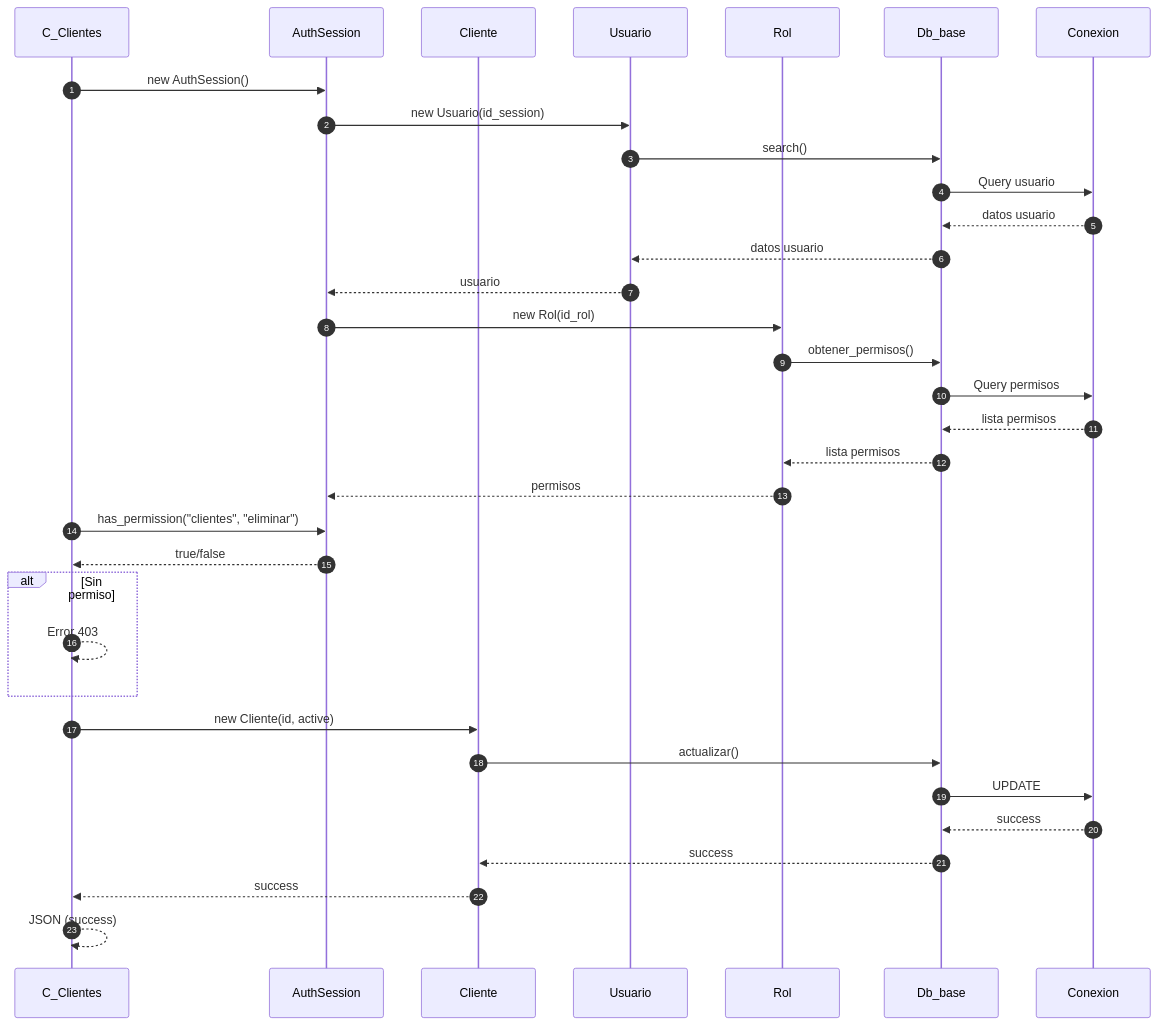
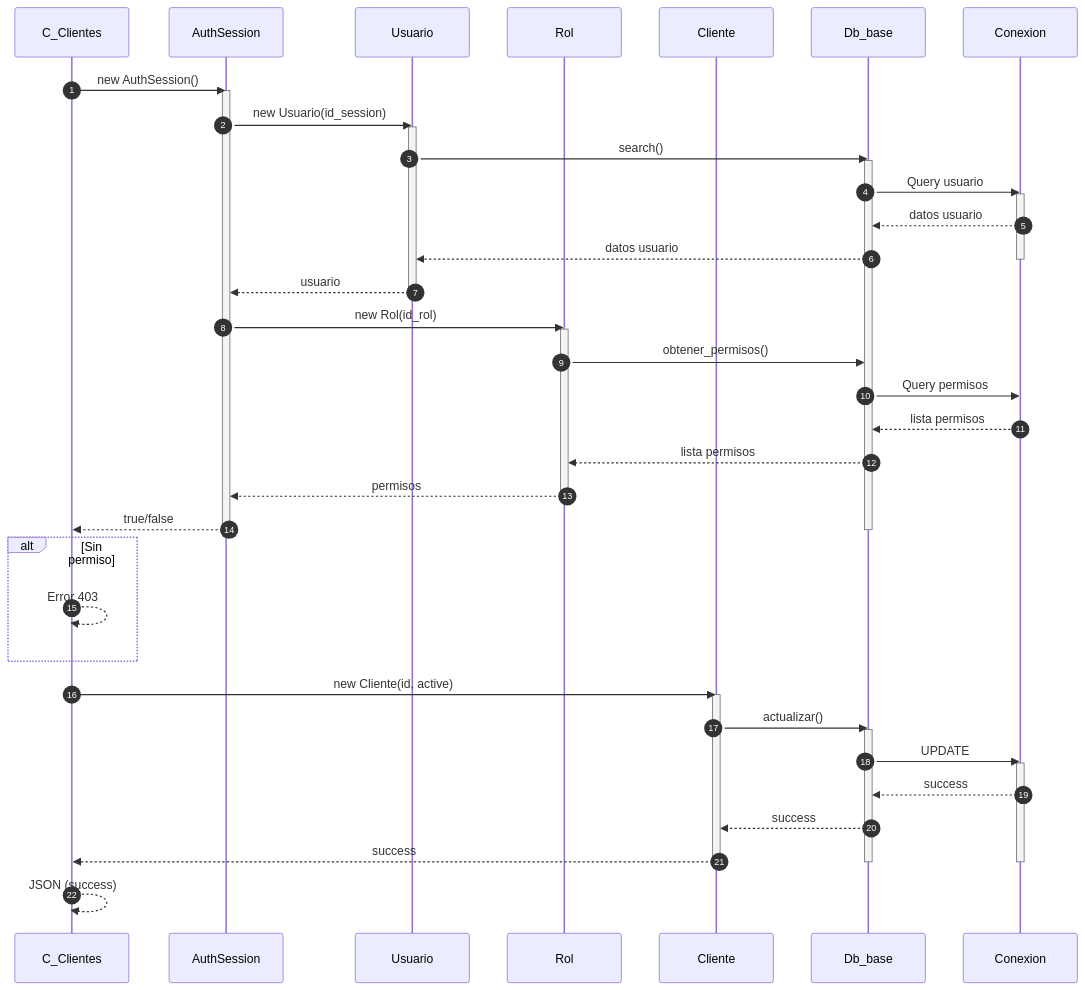
Before and after one commit to Tecrato/BurgerHouse: the fifth of 5 diagrams in docs/secuencia/clientes/clientes.md, drawn with Mermaid. The commit also changed other lines of this file and 16 other files, not shown here.

First line of the commit message:
Annotate mermaid sequences & throttle generator

````diff
--- a/docs/secuencia/clientes/clientes.md
+++ b/docs/secuencia/clientes/clientes.md
@@ -178,42 +232,55 @@
 ```mermaid
 sequenceDiagram
     autonumber
     participant C_Clientes as C_Clientes
     participant AuthSession as AuthSession
-    participant Cliente as Cliente
     participant Usuario as Usuario
     participant Rol as Rol
+    participant Cliente as Cliente
     participant Db_base as Db_base
     participant Conexion as Conexion
     
     C_Clientes->>AuthSession: new AuthSession()
+    activate AuthSession
     AuthSession->>Usuario: new Usuario(id_session)
+    activate Usuario
     Usuario->>Db_base: search()
+    activate Db_base
     Db_base->>Conexion: Query usuario
+    activate Conexion
     Conexion-->>Db_base: datos usuario
     Db_base-->>Usuario: datos usuario
+    deactivate Conexion
     Usuario-->>AuthSession: usuario
-    
+    deactivate Usuario
     AuthSession->>Rol: new Rol(id_rol)
+    activate Rol
     Rol->>Db_base: obtener_permisos()
     Db_base->>Conexion: Query permisos
     Conexion-->>Db_base: lista permisos
     Db_base-->>Rol: lista permisos
     Rol-->>AuthSession: permisos
-    
-    C_Clientes->>AuthSession: has_permission("clientes", "eliminar")
+    deactivate Rol
     AuthSession-->>C_Clientes: true/false
+    deactivate AuthSession
+    deactivate Db_base
     
     alt Sin permiso
         C_Clientes-->>C_Clientes: Error 403
     end
     
     C_Clientes->>Cliente: new Cliente(id, active)
+    activate Cliente
     Cliente->>Db_base: actualizar()
+    activate Db_base
     Db_base->>Conexion: UPDATE
+    activate Conexion
     Conexion-->>Db_base: success
     Db_base-->>Cliente: success
     Cliente-->>C_Clientes: success
+    deactivate Cliente
+    deactivate Conexion
+    deactivate Db_base
     
     C_Clientes-->>C_Clientes: JSON (success)
 ```
````
